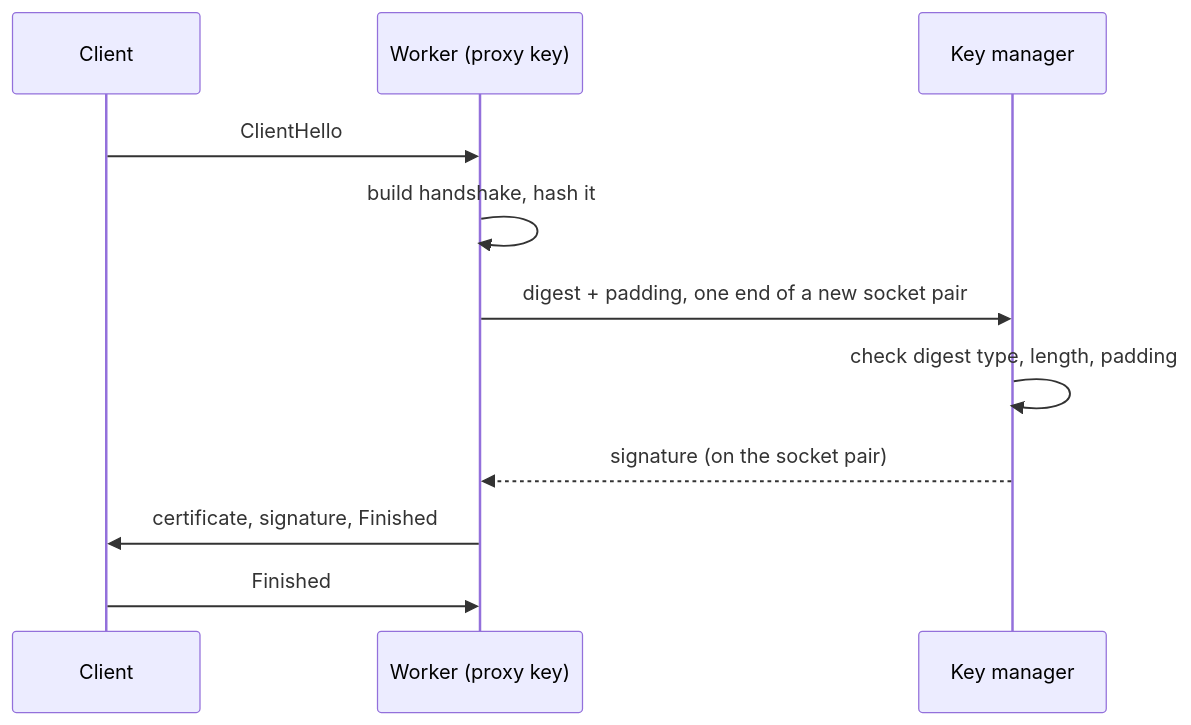
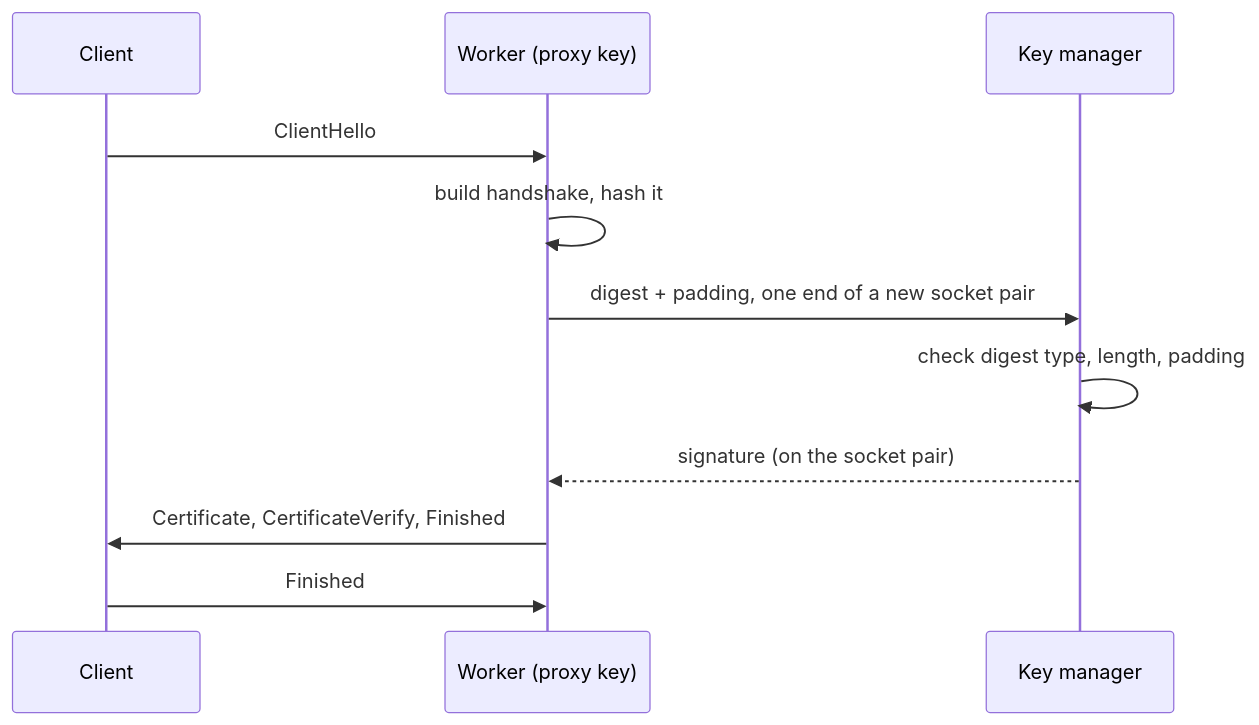
One commit to DanielTillett/klin changed the second of 2 diagrams in doc/KEYMGR.md. Above: the diagram before and after it, drawn with Mermaid. The commit also changed other lines of this file and 25 other files, not shown here.

````diff
--- a/doc/KEYMGR.md
+++ b/doc/KEYMGR.md
@@ -43,13 +45,13 @@
 ```mermaid
 sequenceDiagram
     participant C as Client
     participant W as Worker (proxy key)
     participant M as Key manager
     C->>W: ClientHello
     W->>W: build handshake, hash it
     W->>M: digest + padding, one end of a new socket pair
     M->>M: check digest type, length, padding
     M-->>W: signature (on the socket pair)
-    W->>C: certificate, signature, Finished
+    W->>C: Certificate, CertificateVerify, Finished
     C->>W: Finished
 ```
````
